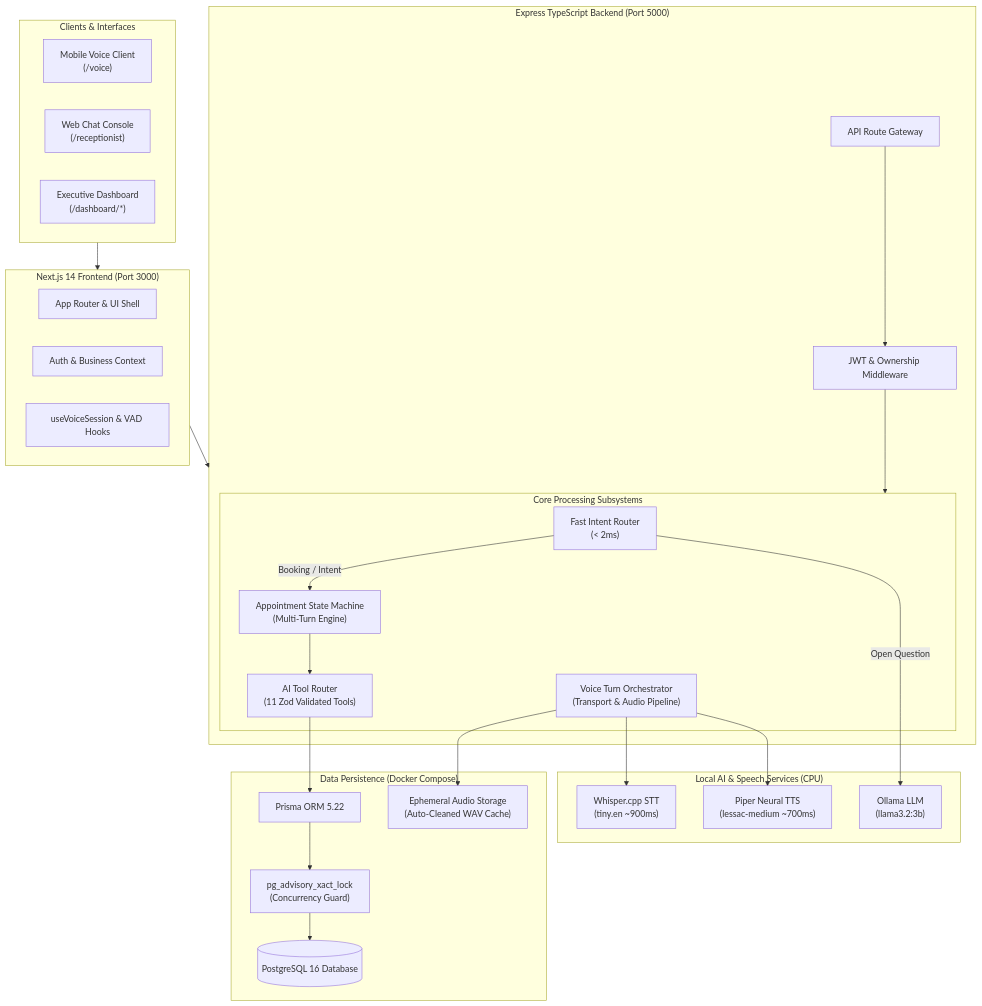
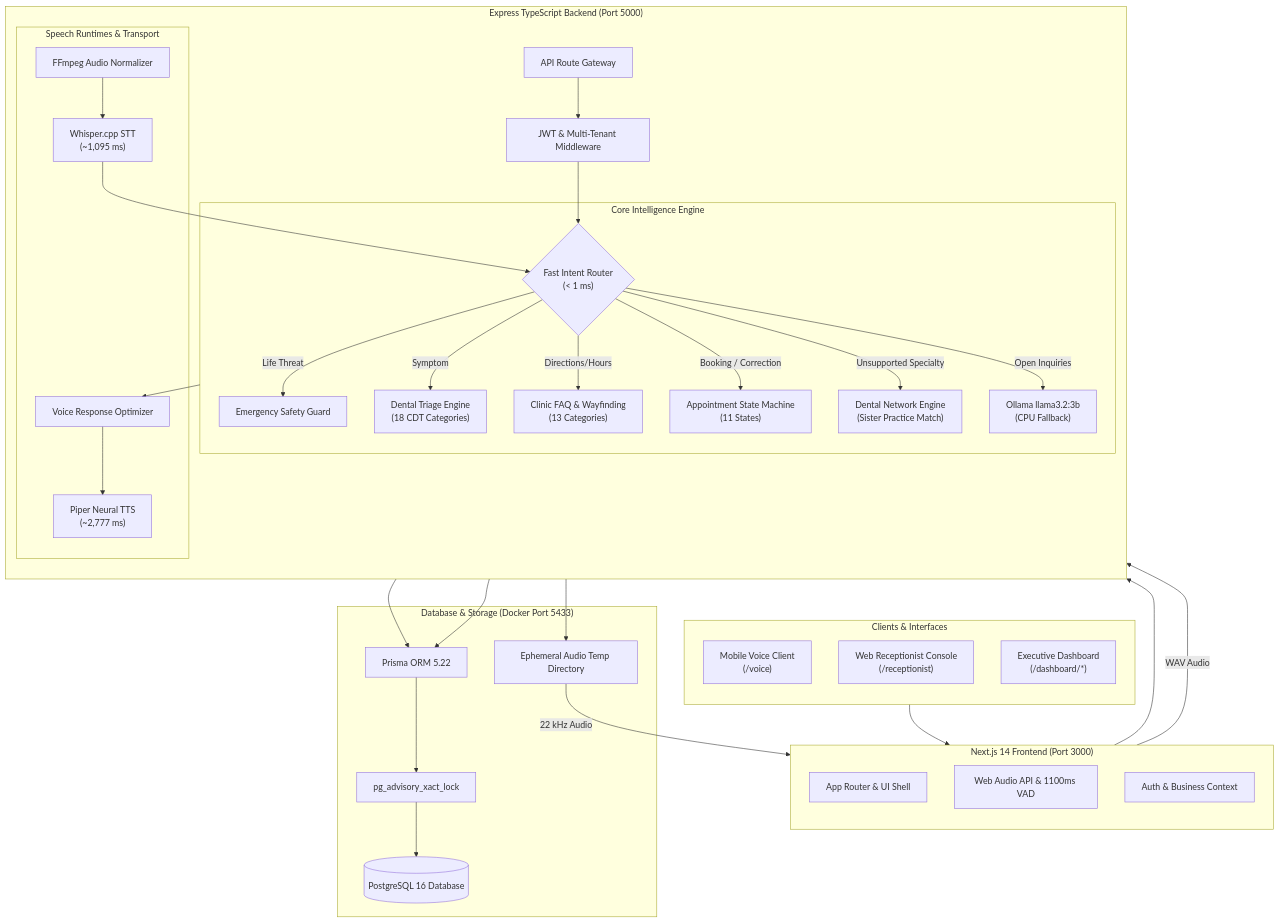
One commit to gowthxm07/AI-powered-receptionist-platform changed the first of 3 diagrams in README.md. Above: the diagram before and after it, drawn with Mermaid. The commit also changed other lines of this file, not shown here.

````diff
--- a/README.md
+++ b/README.md
@@ -96,54 +128,71 @@
 ```mermaid
 flowchart TB
     subgraph Clients["Clients & Interfaces"]
-        MV["Mobile Voice Client<br/>(/voice)"]
-        WC["Web Chat Console<br/>(/receptionist)"]
-        DB["Executive Dashboard<br/>(/dashboard/*)"]
+        direction TB
+        Mobile["Mobile Voice Client<br/>(/voice)"]
+        WebChat["Web Receptionist Console<br/>(/receptionist)"]
+        AdminDash["Executive Dashboard<br/>(/dashboard/*)"]
     end
 
     subgraph Frontend["Next.js 14 Frontend (Port 3000)"]
+        direction TB
         AppRouter["App Router & UI Shell"]
-        AuthCtx["Auth & Business Context"]
-        VoiceHooks["useVoiceSession & VAD Hooks"]
+        AudioVAD["Web Audio API & 1100ms VAD"]
+        AuthContext["Auth & Business Context"]
     end
 
     subgraph Backend["Express TypeScript Backend (Port 5000)"]
-        AuthMW["JWT & Ownership Middleware"]
-        Router["API Route Gateway"]
+        direction TB
+        AuthMW["JWT & Multi-Tenant Middleware"]
+        APIGateway["API Route Gateway"]
+        
+        subgraph CoreAI["Core Intelligence Engine"]
+            Router{"Fast Intent Router<br/>(< 1 ms)"}
+            Emergency["Emergency Safety Guard"]
+            Triage["Dental Triage Engine<br/>(18 CDT Categories)"]
+            FAQEngine["Clinic FAQ & Wayfinding<br/>(13 Categories)"]
+            StateMachine["Appointment State Machine<br/>(11 States)"]
+            NetworkEngine["Dental Network Engine<br/>(Sister Practice Match)"]
+            LLMFallback["Ollama llama3.2:3b<br/>(CPU Fallback)"]
+        end
 
-        subgraph CoreSubsystems["Core Processing Subsystems"]
-            FIR["Fast Intent Router<br/>(< 2ms)"]
-            ASM["Appointment State Machine<br/>(Multi-Turn Engine)"]
-            ToolRouter["AI Tool Router<br/>(11 Zod Validated Tools)"]
-            VTO["Voice Turn Orchestrator<br/>(Transport & Audio Pipeline)"]
+        subgraph SpeechEngine["Speech Runtimes & Transport"]
+            Transcoder["FFmpeg Audio Normalizer"]
+            WhisperSTT["Whisper.cpp STT<br/>(~1,095 ms)"]
+            VoiceOpt["Voice Response Optimizer"]
+            PiperTTS["Piper Neural TTS<br/>(~2,777 ms)"]
         end
     end
 
-    subgraph LocalAI["Local AI & Speech Services (CPU)"]
-        Whisper["Whisper.cpp STT<br/>(tiny.en ~900ms)"]
-        Piper["Piper Neural TTS<br/>(lessac-medium ~700ms)"]
-        Ollama["Ollama LLM<br/>(llama3.2:3b)"]
-    end
-
-    subgraph Storage["Data Persistence (Docker Compose)"]
-        PG[("PostgreSQL 16 Database")]
-        Prisma["Prisma ORM 5.22"]
-        AdvLock["pg_advisory_xact_lock<br/>(Concurrency Guard)"]
-        Ephemeral["Ephemeral Audio Storage<br/>(Auto-Cleaned WAV Cache)"]
+    subgraph Storage["Database & Storage (Docker Port 5433)"]
+        Postgres[("PostgreSQL 16 Database")]
+        PrismaORM["Prisma ORM 5.22"]
+        AdvisoryLock["pg_advisory_xact_lock"]
+        AudioCache["Ephemeral Audio Temp Directory"]
     end
 
     Clients --> Frontend
     Frontend --> Backend
-    Router --> AuthMW
-    AuthMW --> CoreSubsystems
+    APIGateway --> AuthMW
+    AuthMW --> Router
 
-    VTO --> Whisper
-    VTO --> Piper
-    FIR -->|Booking / Intent| ASM
-    FIR -->|Open Question| Ollama
-    ASM --> ToolRouter
-    ToolRouter --> Prisma
-    Prisma --> AdvLock
-    AdvLock --> PG
-    VTO --> Ephemeral
+    Router -->|Life Threat| Emergency
+    Router -->|Symptom| Triage
+    Router -->|Directions/Hours| FAQEngine
+    Router -->|Booking / Correction| StateMachine
+    Router -->|Unsupported Specialty| NetworkEngine
+    Router -->|Open Inquiries| LLMFallback
+
+    StateMachine --> PrismaORM
+    NetworkEngine --> PrismaORM
+    PrismaORM --> AdvisoryLock
+    AdvisoryLock --> Postgres
+
+    Frontend -->|WAV Audio| Transcoder
+    Transcoder --> WhisperSTT
+    WhisperSTT --> Router
+    CoreAI --> VoiceOpt
+    VoiceOpt --> PiperTTS
+    PiperTTS --> AudioCache
+    AudioCache -->|22 kHz Audio| Frontend
 ```
````
